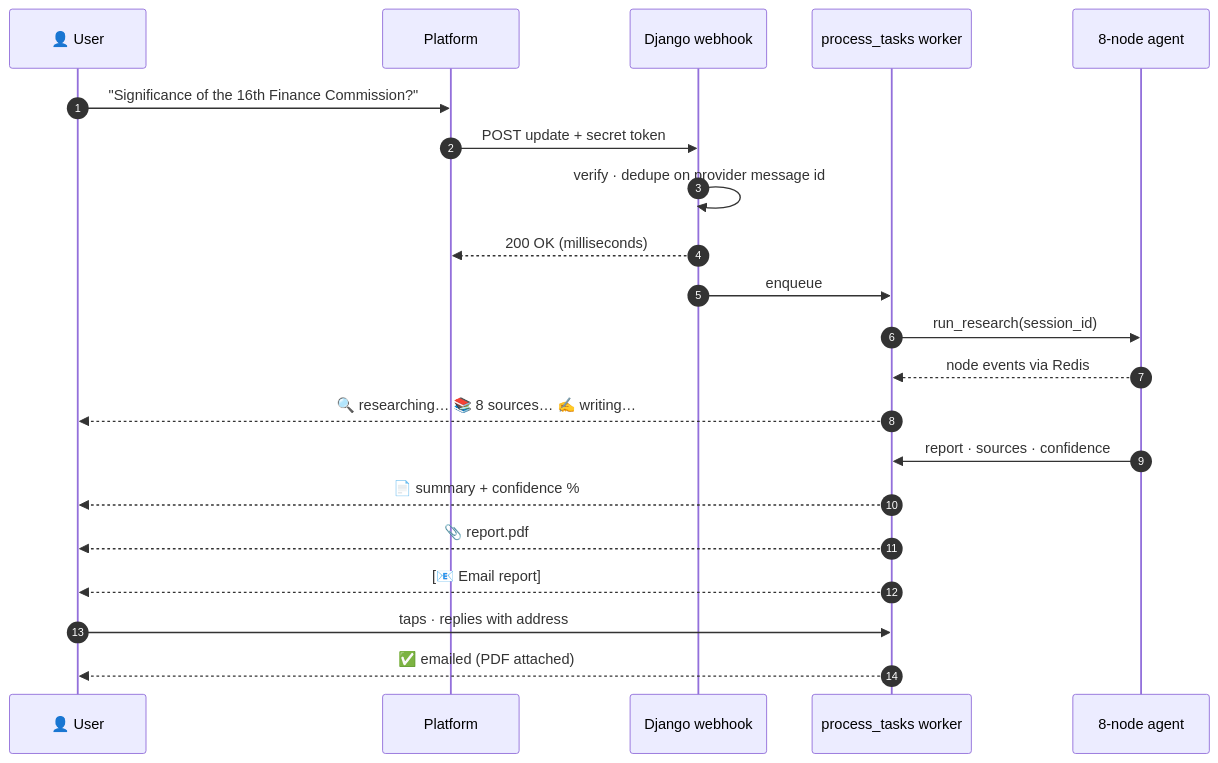
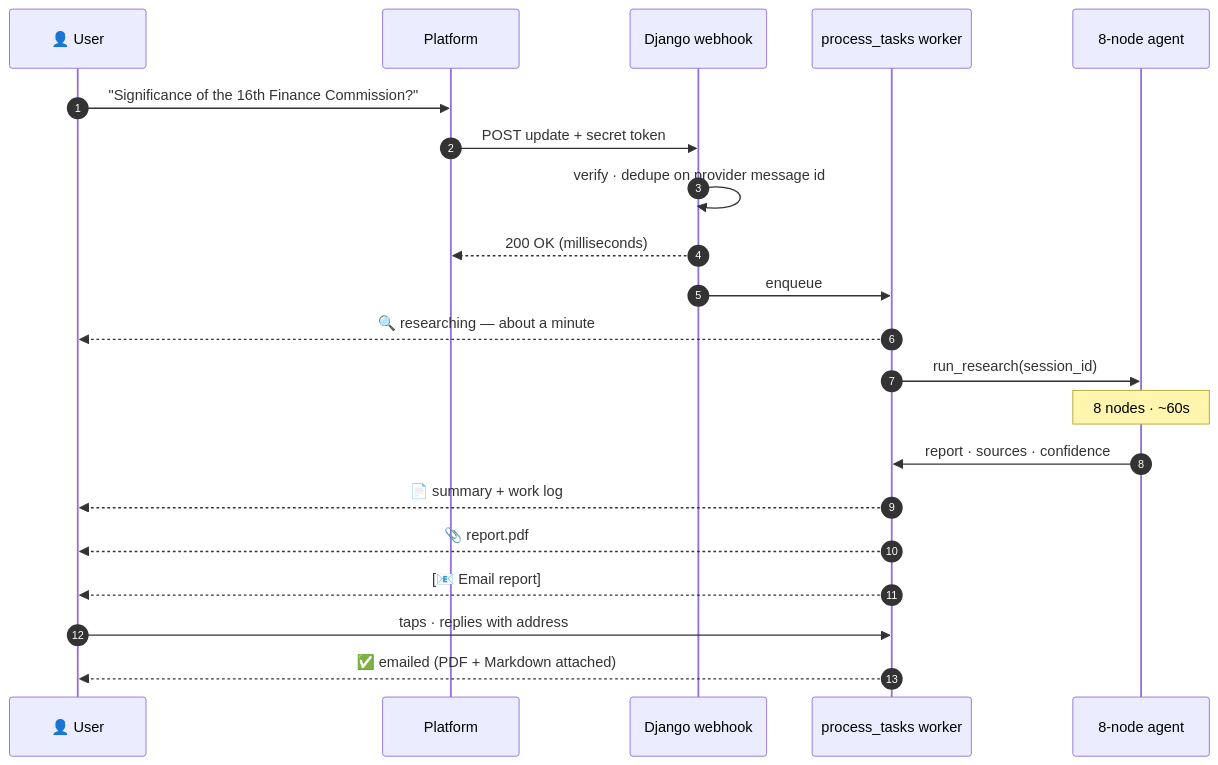
Before and after one commit to vishalgoyal25/TheKnowledgeOrbits: diagram 17 of 18 in README.md, drawn with Mermaid. The commit also changed other lines of this file and 4 other files, not shown here.

````diff
--- a/README.md
+++ b/README.md
@@ -816,27 +816,27 @@
 ```mermaid
 sequenceDiagram
     autonumber
     participant U as 👤 User
     participant P as Platform
     participant W as Django webhook
     participant Q as process_tasks worker
     participant A as 8-node agent
 
     U->>P: "Significance of the 16th Finance Commission?"
     P->>W: POST update + secret token
     W->>W: verify · dedupe on provider message id
     W-->>P: 200 OK (milliseconds)
     W->>Q: enqueue
+    Q-->>U: 🔍 researching — about a minute
 
     Q->>A: run_research(session_id)
-    A-->>Q: node events via Redis
-    Q-->>U: 🔍 researching… 📚 8 sources… ✍️ writing…
+    Note over A: 8 nodes · ~60s
+    A->>Q: report · sources · confidence
 
-    A->>Q: report · sources · confidence
-    Q-->>U: 📄 summary + confidence %
+    Q-->>U: 📄 summary + work log
     Q-->>U: 📎 report.pdf
     Q-->>U: [📧 Email report]
 
     U->>Q: taps · replies with address
-    Q-->>U: ✅ emailed (PDF attached)
+    Q-->>U: ✅ emailed (PDF + Markdown attached)
 ```
````
